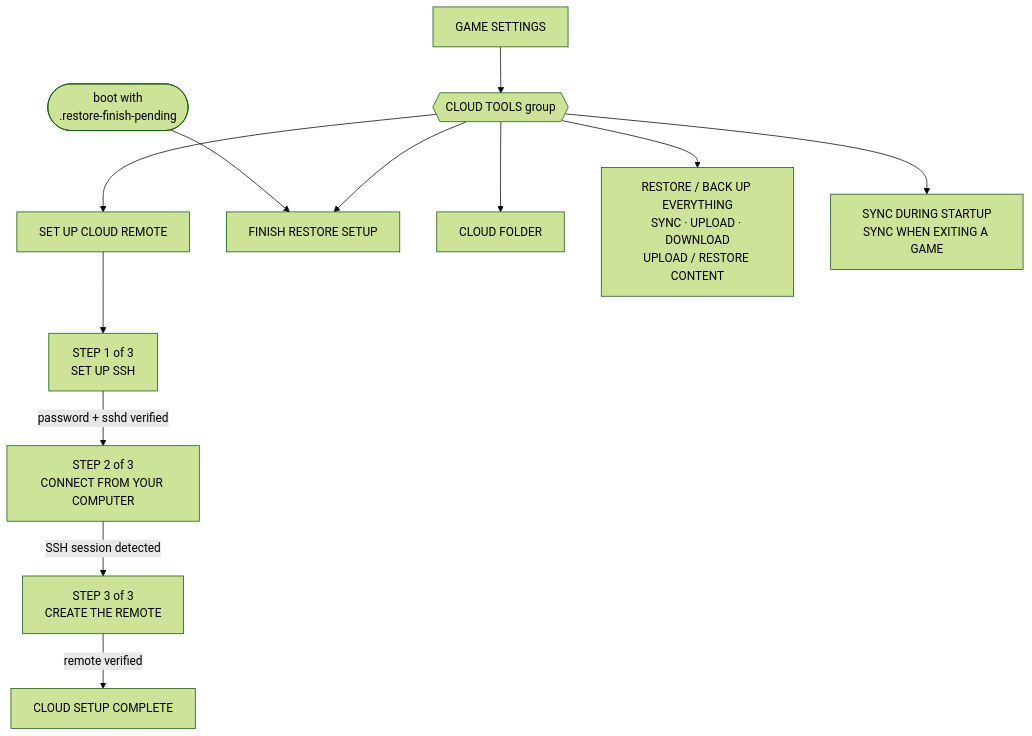
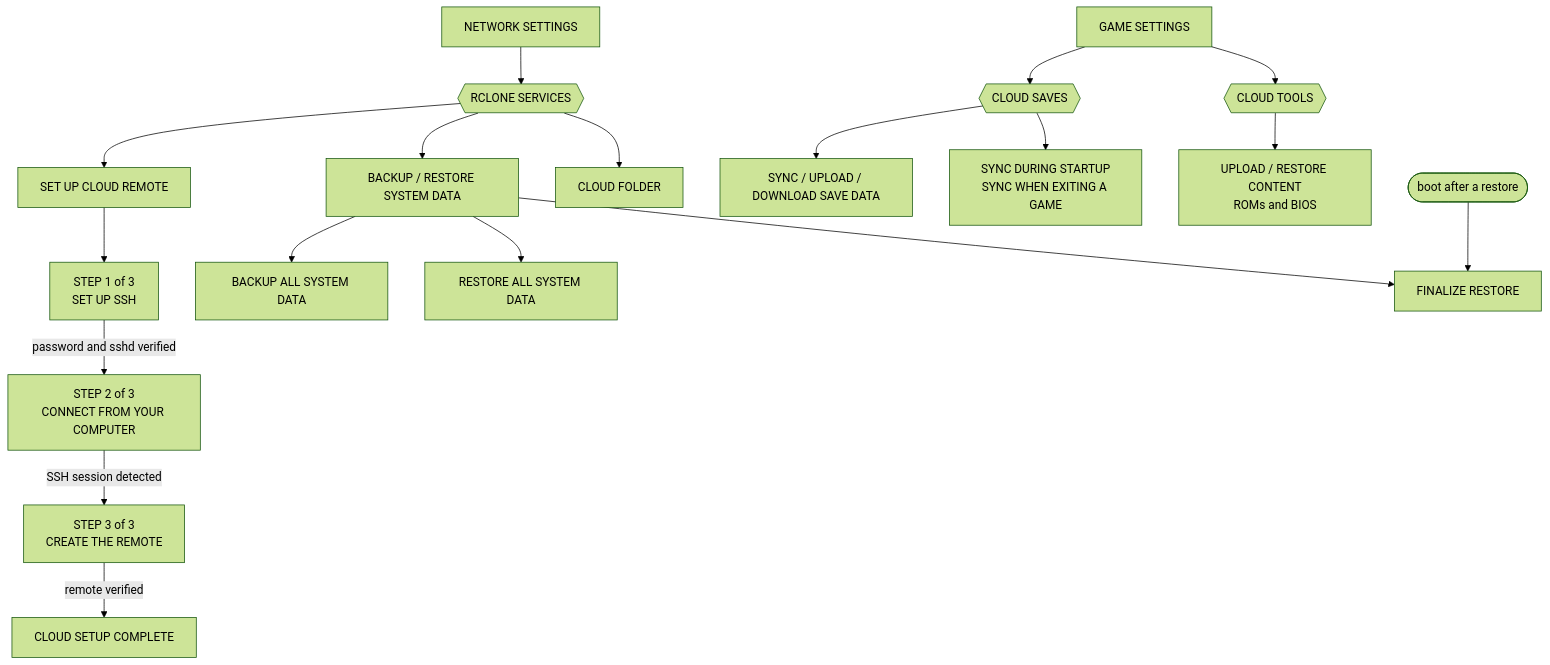
Before and after one commit to maxengel/rocknix: the second of 2 diagrams in docs/es-menu-map.md, drawn with Mermaid (forest theme). The commit also changed other lines of this file and 1 other file, not shown here.

Commit message:
docs: update the menu map for the cloud split, add the text-size rule
Map reflects the restructure: RCLONE SERVICES and SYNCTHING SERVICES
under NETWORK SETTINGS, CLOUD SAVES and CLOUD TOOLS under GAME
SETTINGS, and the BACKUP/RESTORE SYSTEM DATA submenu. The cloud
diagram now shows both entry points rather than one CLOUD TOOLS group.

Style guide gains the sizing rule the wizard violated: three sizes,
chosen by what a row is rather than by which helper drew it. Peer items
match; only a row's description drops to the small size.

````diff
--- a/docs/es-menu-map.md
+++ b/docs/es-menu-map.md
@@ -80,17 +84,25 @@
 ```mermaid
 flowchart TD
-    GS[GAME SETTINGS] --> CT{{CLOUD TOOLS group}}
+    NET[NETWORK SETTINGS] --> RS{{RCLONE SERVICES}}
+    RS --> SETUP[SET UP CLOUD REMOTE]
+    RS --> SYSDATA[BACKUP / RESTORE SYSTEM DATA]
+    RS --> FOLDER[CLOUD FOLDER]
 
-    CT --> SETUP[SET UP CLOUD REMOTE]
-    CT --> RELINK[FINISH RESTORE SETUP]
-    CT --> FOLDER[CLOUD FOLDER]
-    CT --> ACTIONS[RESTORE / BACK UP EVERYTHING<br/>SYNC · UPLOAD · DOWNLOAD<br/>UPLOAD / RESTORE CONTENT]
-    CT --> TOGGLES[SYNC DURING STARTUP<br/>SYNC WHEN EXITING A GAME]
+    SYSDATA --> BK[BACKUP ALL SYSTEM DATA]
+    SYSDATA --> RE[RESTORE ALL SYSTEM DATA]
+    SYSDATA --> FIN[FINALIZE RESTORE]
+
+    GS[GAME SETTINGS] --> CS{{CLOUD SAVES}}
+    CS --> SY[SYNC / UPLOAD / DOWNLOAD SAVE DATA]
+    CS --> TOG[SYNC DURING STARTUP<br/>SYNC WHEN EXITING A GAME]
+
+    GS --> CT{{CLOUD TOOLS}}
+    CT --> CONTENT[UPLOAD / RESTORE CONTENT<br/>ROMs and BIOS]
 
     SETUP --> W1[STEP 1 of 3<br/>SET UP SSH]
-    W1 -->|password + sshd verified| W2[STEP 2 of 3<br/>CONNECT FROM YOUR COMPUTER]
+    W1 -->|password and sshd verified| W2[STEP 2 of 3<br/>CONNECT FROM YOUR COMPUTER]
     W2 -->|SSH session detected| W3[STEP 3 of 3<br/>CREATE THE REMOTE]
     W3 -->|remote verified| DONE[CLOUD SETUP COMPLETE]
 
-    BOOT([boot with<br/>.restore-finish-pending]) --> RELINK
+    BOOT([boot after a restore]) --> FIN
 ```
````
